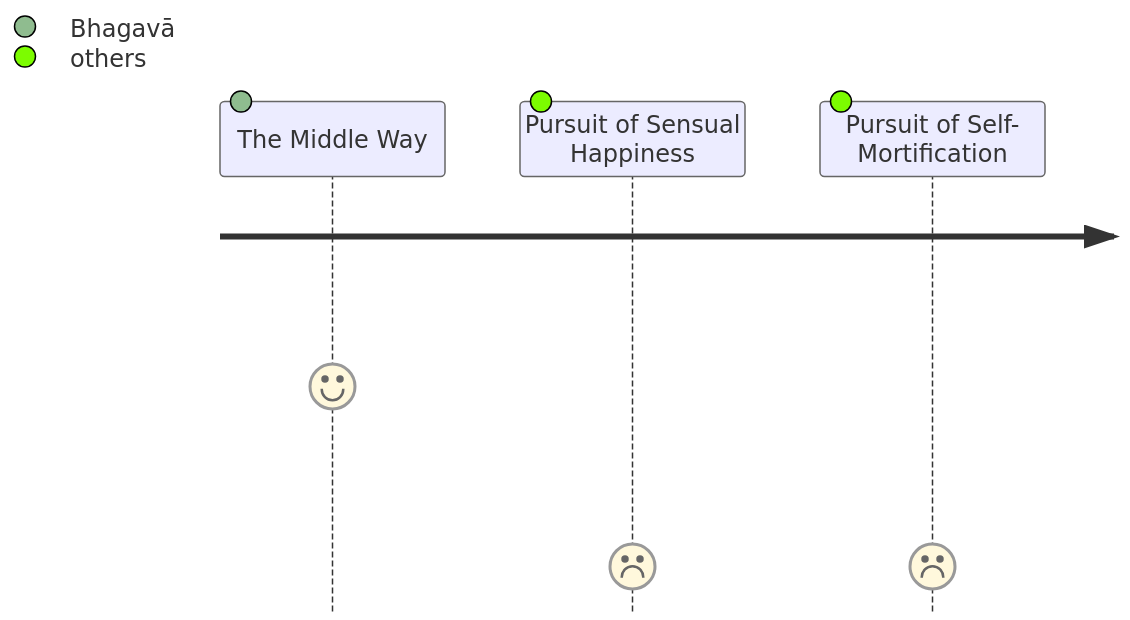
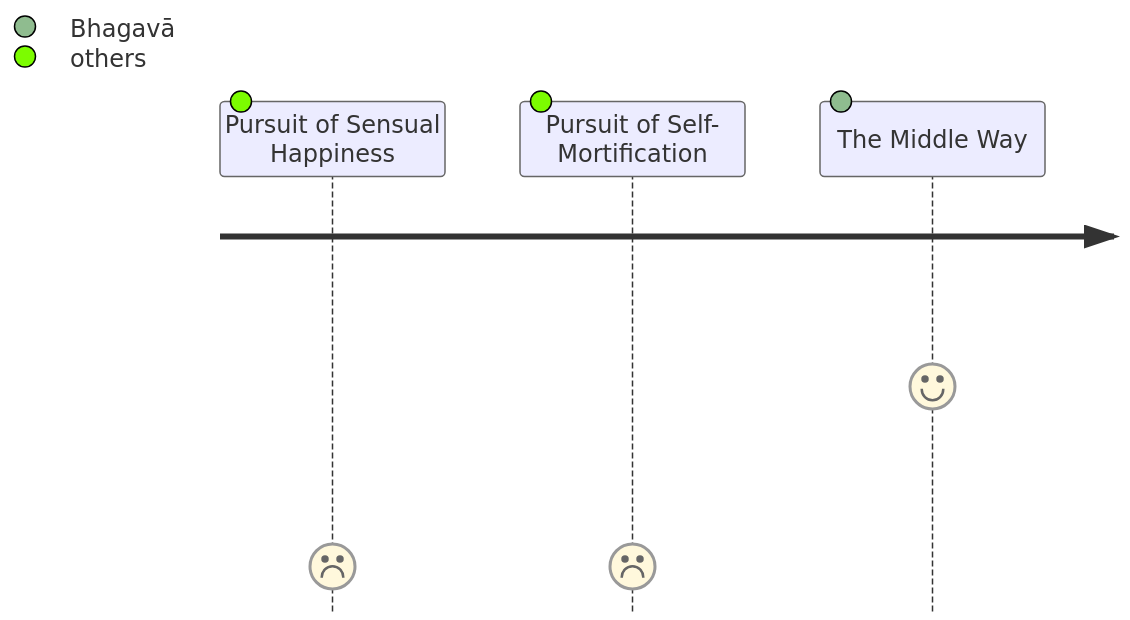
Before and after one commit to ChristineTham/tidipa: the fourth of 14 diagrams in content/Khandhaka/1.6.md, drawn with Mermaid. The commit also changed other lines of this file and 10 other files, not shown here.

````diff
--- a/content/Khandhaka/1.6.md
+++ b/content/Khandhaka/1.6.md
@@ -295,6 +295,6 @@
 ```mermaid
 journey
-    The Middle Way: 5: Bhagavā
     Pursuit of Sensual Happiness: 1: others
     Pursuit of Self-Mortification: 1: others
+    The Middle Way: 5: Bhagavā
 ```
````
